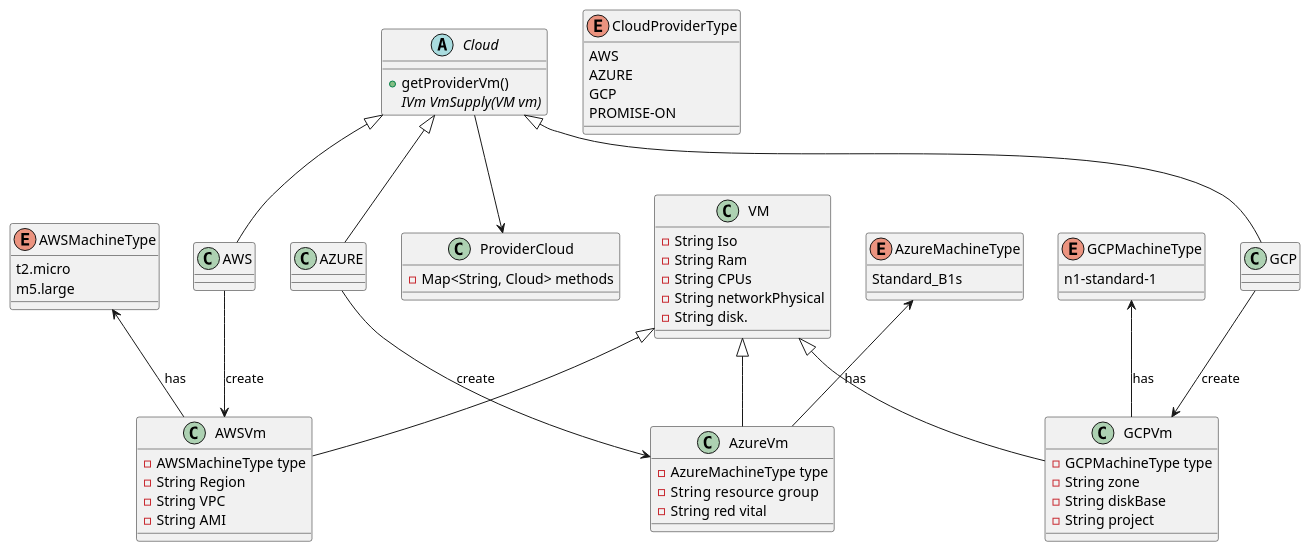
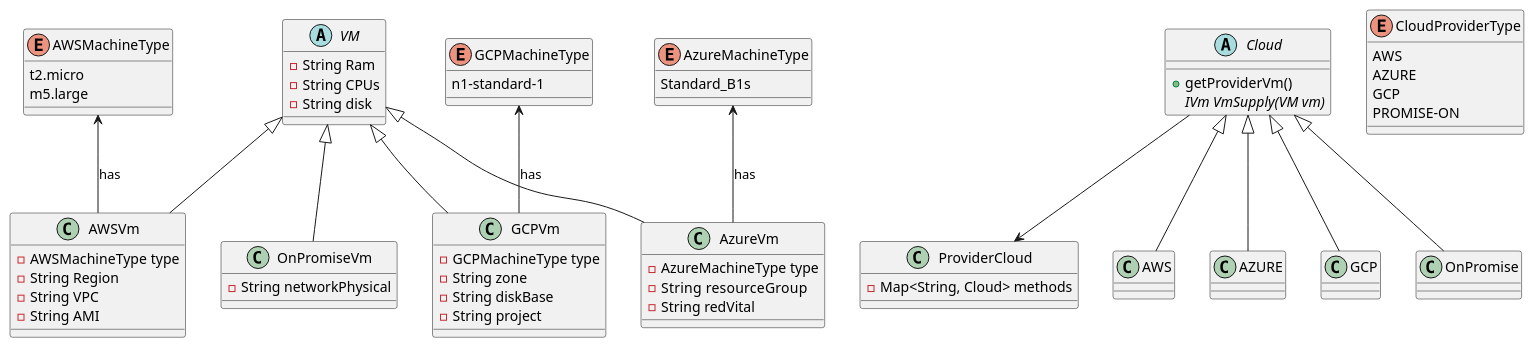
The diagram in uml/class.wsd (david123456858/Design-patterns-Cloud), drawn with PlantUML before and after one commit.

Commit message:
movimento en el UML

```diff
--- a/uml/class.wsd
+++ b/uml/class.wsd
@@ -1,77 +1,81 @@
 @startuml cloud-factory
-class VM {
-- String Iso
+abstract class VM {
 - String Ram
 - String CPUs
-- String networkPhysical
-- String disk.
+- String disk
 }
 
 enum AWSMachineType{
 t2.micro 
 m5.large
 }
 enum AzureMachineType {
 Standard_B1s
 }
 enum GCPMachineType {
 n1-standard-1
 }
 
 class AWSVm {
 - AWSMachineType type
 - String Region
 - String VPC
 - String AMI
 }
 class AzureVm{
 - AzureMachineType type
-- String  resource group
-- String red vital
+- String  resourceGroup
+- String redVital
 }
 class GCPVm{
 - GCPMachineType type
 - String zone
 - String diskBase
 - String project
+}
+class OnPromiseVm{
+    - String networkPhysical
 }
 
 abstract class Cloud{
 + getProviderVm()
 {abstract} IVm VmSupply(VM vm)
 }
 
 class ProviderCloud {
     - Map<String, Cloud> methods
 }
 
 class AWS{}
 class AZURE{}
 class GCP{}
+class OnPromise{}
 
 Cloud <|-- AWS
 Cloud <|-- GCP
 Cloud <|-- AZURE
+Cloud <|-- OnPromise
 
-AWS --> AWSVm : create
-AZURE --> AzureVm : create
-GCP --> GCPVm : create
+' AWS --> AWSVm : create
+' AZURE --> AzureVm : create
+' GCP --> GCPVm : create
 
 Cloud --> ProviderCloud
 
 VM <|-- AzureVm
 VM <|-- GCPVm
 VM <|-- AWSVm
+VM <|-- OnPromiseVm
 
 AzureMachineType <-- AzureVm : has
 AWSMachineType <-- AWSVm : has
 GCPMachineType <-- GCPVm : has 
 
 enum CloudProviderType {
     AWS 
     AZURE
     GCP
     PROMISE-ON
 }
 
 @enduml
```
